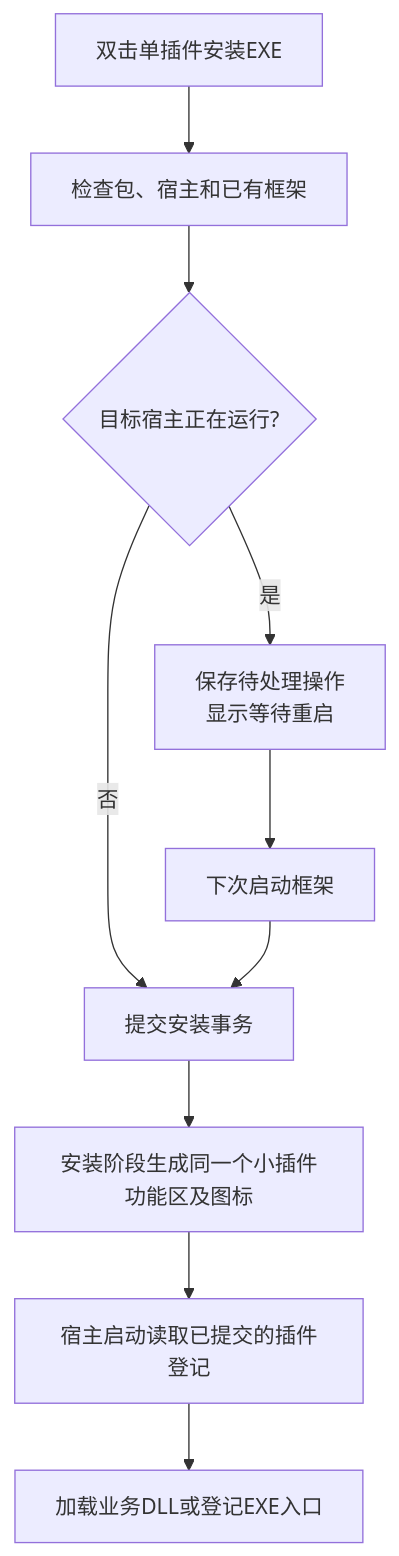
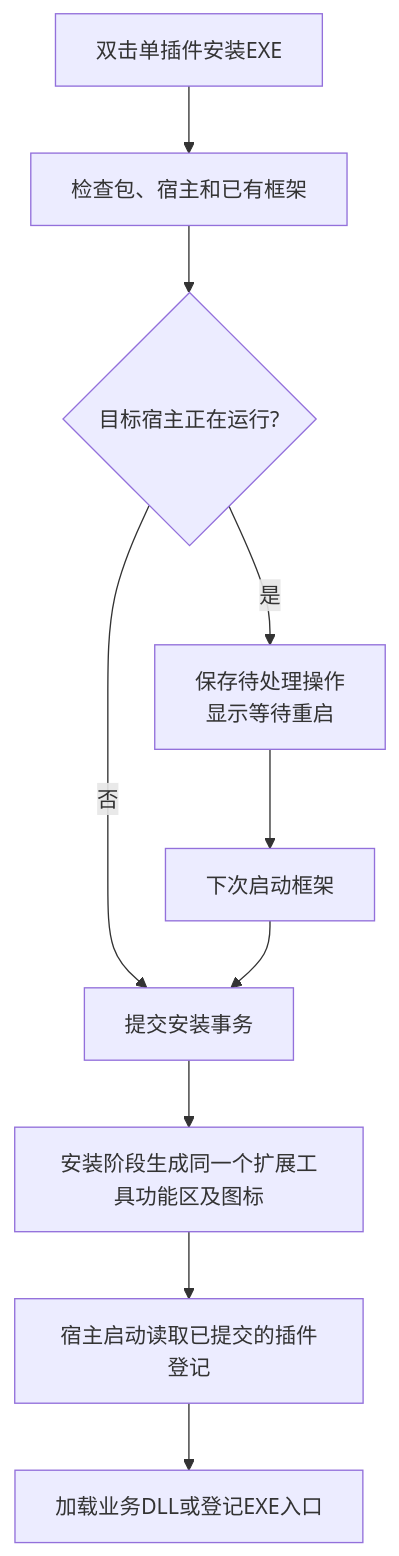
One commit to zike-1/zw3d-plugin-dev-skill changed the diagram in docs/architecture.md. Above: the diagram before and after it, drawn with Mermaid. The commit also changed other lines of this file, not shown here.

Commit message:
ui: rename visible plugin hub labels to 扩展工具

````diff
--- a/docs/architecture.md
+++ b/docs/architecture.md
@@ -11,12 +11,12 @@
 ```mermaid
 flowchart TD
   A[双击单插件安装EXE] --> B[检查包、宿主和已有框架]
   B --> C{目标宿主正在运行?}
   C -->|否| D[提交安装事务]
   C -->|是| E[保存待处理操作\n显示等待重启]
   E --> F[下次启动框架]
   F --> D
-  D --> I[安装阶段生成同一个小插件功能区及图标]
+  D --> I[安装阶段生成同一个扩展工具功能区及图标]
   I --> G[宿主启动读取已提交的插件登记]
   G --> H[加载业务DLL或登记EXE入口]
 ```
````
